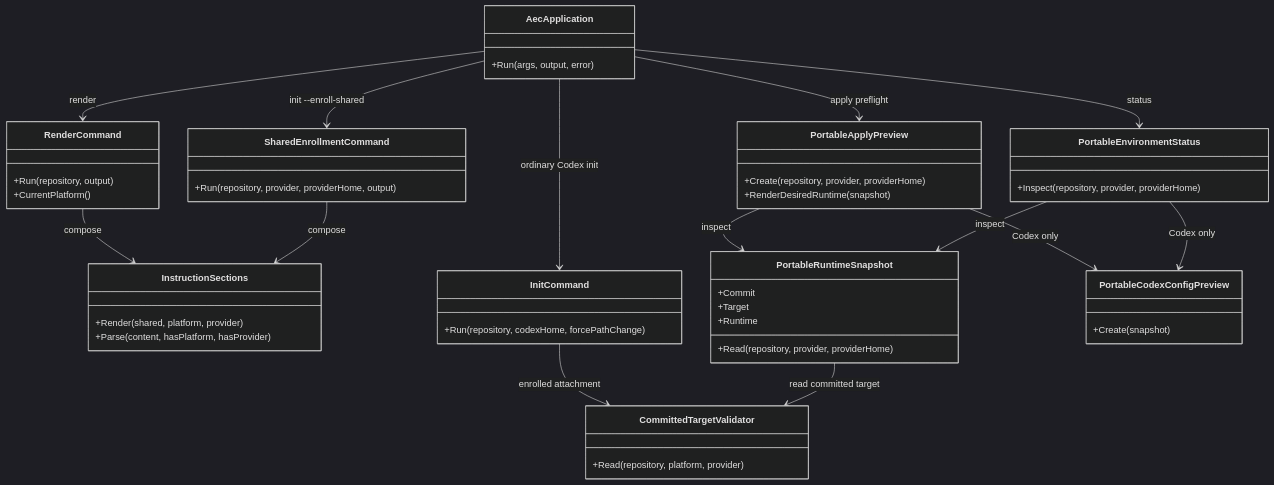
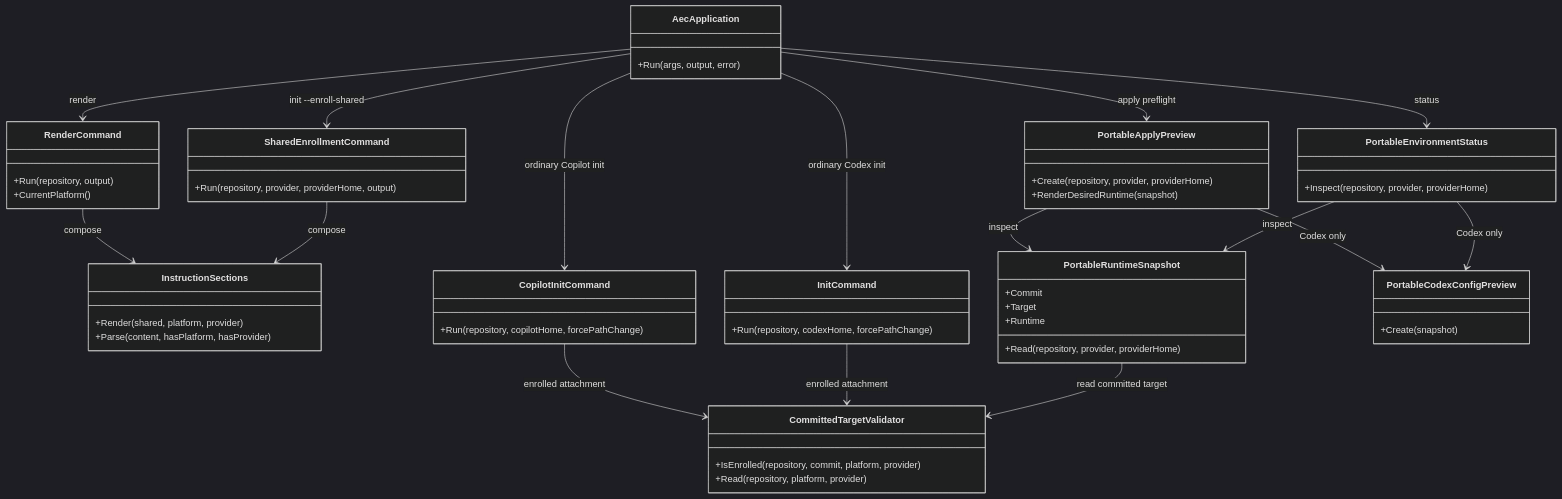
One commit to ferrywlto/ai-env-as-code changed the second of 3 diagrams in docs/architecture.md. Above: the diagram before and after it, drawn with Mermaid (dark theme). The commit also changed other lines of this file and 7 other files, not shown here.

Commit message:
feat(init): attach enrolled Copilot from portable target

````diff
--- a/docs/architecture.md
+++ b/docs/architecture.md
@@ -76,53 +77,59 @@
 ```mermaid
 classDiagram
     class AecApplication {
         +Run(args, output, error)
     }
     class SharedEnrollmentCommand {
         +Run(repository, provider, providerHome, output)
     }
     class RenderCommand {
         +Run(repository, output)
         +CurrentPlatform()
     }
     class InstructionSections {
         +Render(shared, platform, provider)
         +Parse(content, hasPlatform, hasProvider)
     }
     class PortableRuntimeSnapshot {
         +Read(repository, provider, providerHome)
         +Commit
         +Target
         +Runtime
     }
     class CommittedTargetValidator {
+        +IsEnrolled(repository, commit, platform, provider)
         +Read(repository, platform, provider)
     }
     class InitCommand {
         +Run(repository, codexHome, forcePathChange)
+    }
+    class CopilotInitCommand {
+        +Run(repository, copilotHome, forcePathChange)
     }
     class PortableEnvironmentStatus {
         +Inspect(repository, provider, providerHome)
     }
     class PortableApplyPreview {
         +Create(repository, provider, providerHome)
         +RenderDesiredRuntime(snapshot)
     }
     class PortableCodexConfigPreview {
         +Create(snapshot)
     }
 
     AecApplication --> SharedEnrollmentCommand : init --enroll-shared
     AecApplication --> InitCommand : ordinary Codex init
+    AecApplication --> CopilotInitCommand : ordinary Copilot init
     AecApplication --> RenderCommand : render
     AecApplication --> PortableEnvironmentStatus : status
     AecApplication --> PortableApplyPreview : apply preflight
     SharedEnrollmentCommand --> InstructionSections : compose
     RenderCommand --> InstructionSections : compose
     PortableRuntimeSnapshot --> CommittedTargetValidator : read committed target
     InitCommand --> CommittedTargetValidator : enrolled attachment
+    CopilotInitCommand --> CommittedTargetValidator : enrolled attachment
     PortableEnvironmentStatus --> PortableRuntimeSnapshot : inspect
     PortableEnvironmentStatus --> PortableCodexConfigPreview : Codex only
     PortableApplyPreview --> PortableRuntimeSnapshot : inspect
     PortableApplyPreview --> PortableCodexConfigPreview : Codex only
 ```
````
